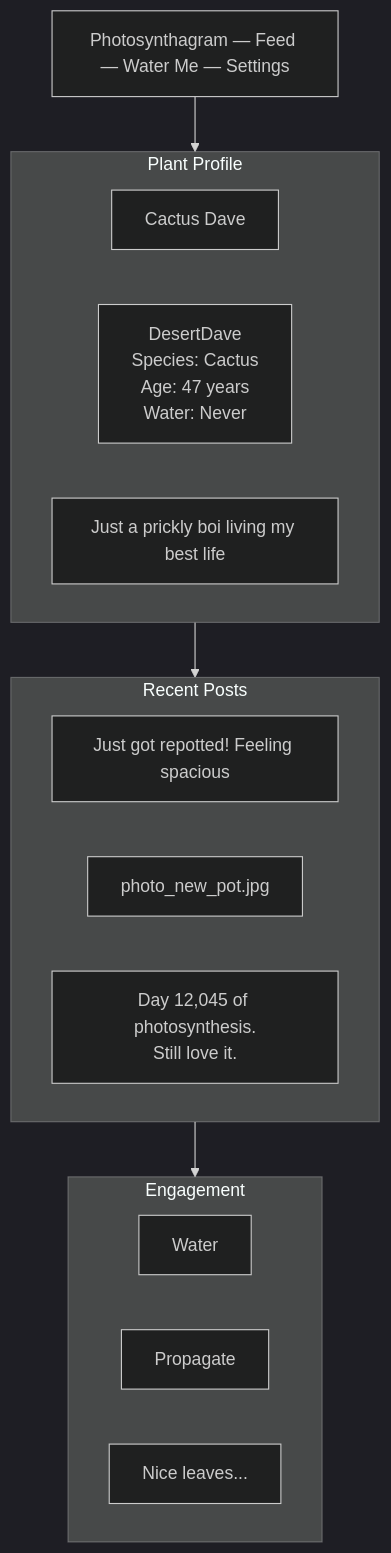
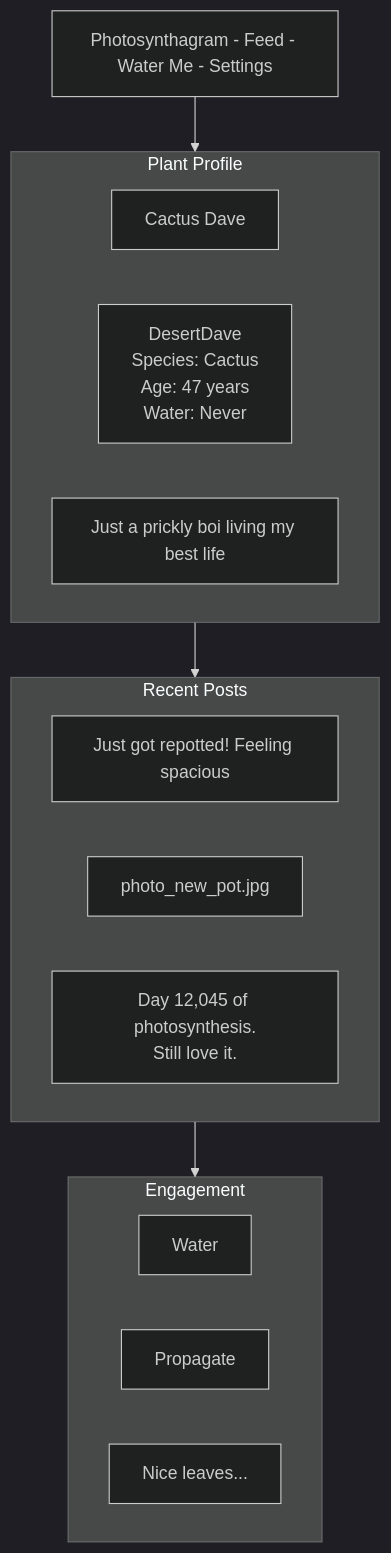
Before and after one commit to scottgal/lucidview: the fourth of 6 diagrams in Naiad/src/test-renders/Wireframe.md, drawn with Mermaid (dark theme). The commit also changed other lines of this file and 16 other files, not shown here.

````diff
--- a/Naiad/src/test-renders/Wireframe.md
+++ b/Naiad/src/test-renders/Wireframe.md
@@ -91,26 +91,26 @@
 ```mermaid
 %% naiad: skinPack=wireframe
 %% naiad: shapes nav=navbar, pic=avatar, info=card, bio=text-input
 %% naiad: shapes p1=card, img=image-placeholder, p2=card
 %% naiad: shapes like=button, share=button, comment=text-input
 flowchart TD
-    nav["Photosynthagram — Feed — Water Me — Settings"]
+    nav["Photosynthagram - Feed - Water Me - Settings"]
     subgraph profile["Plant Profile"]
         pic["Cactus Dave"]
         info["DesertDave\nSpecies: Cactus\nAge: 47 years\nWater: Never"]
         bio["Just a prickly boi living my best life"]
     end
     subgraph feed["Recent Posts"]
         p1["Just got repotted! Feeling spacious"]
         img["photo_new_pot.jpg"]
         p2["Day 12,045 of photosynthesis.\nStill love it."]
     end
     subgraph actions["Engagement"]
         like["Water"]
         share["Propagate"]
         comment["Nice leaves..."]
     end
     nav --> profile
     profile --> feed
     feed --> actions
 ```
````
